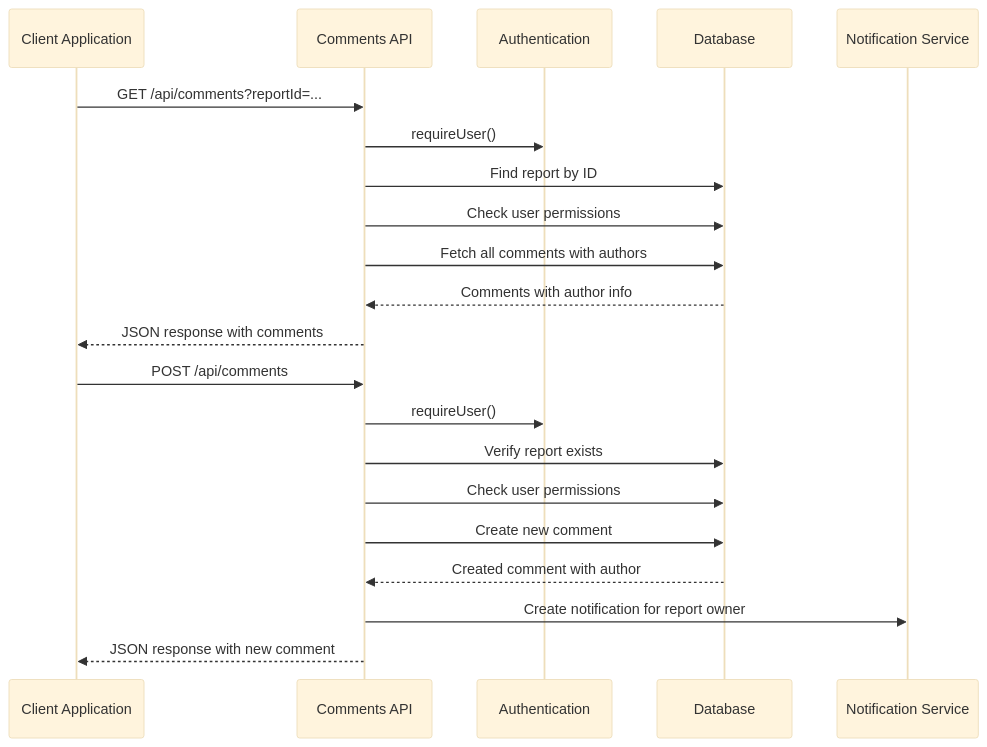
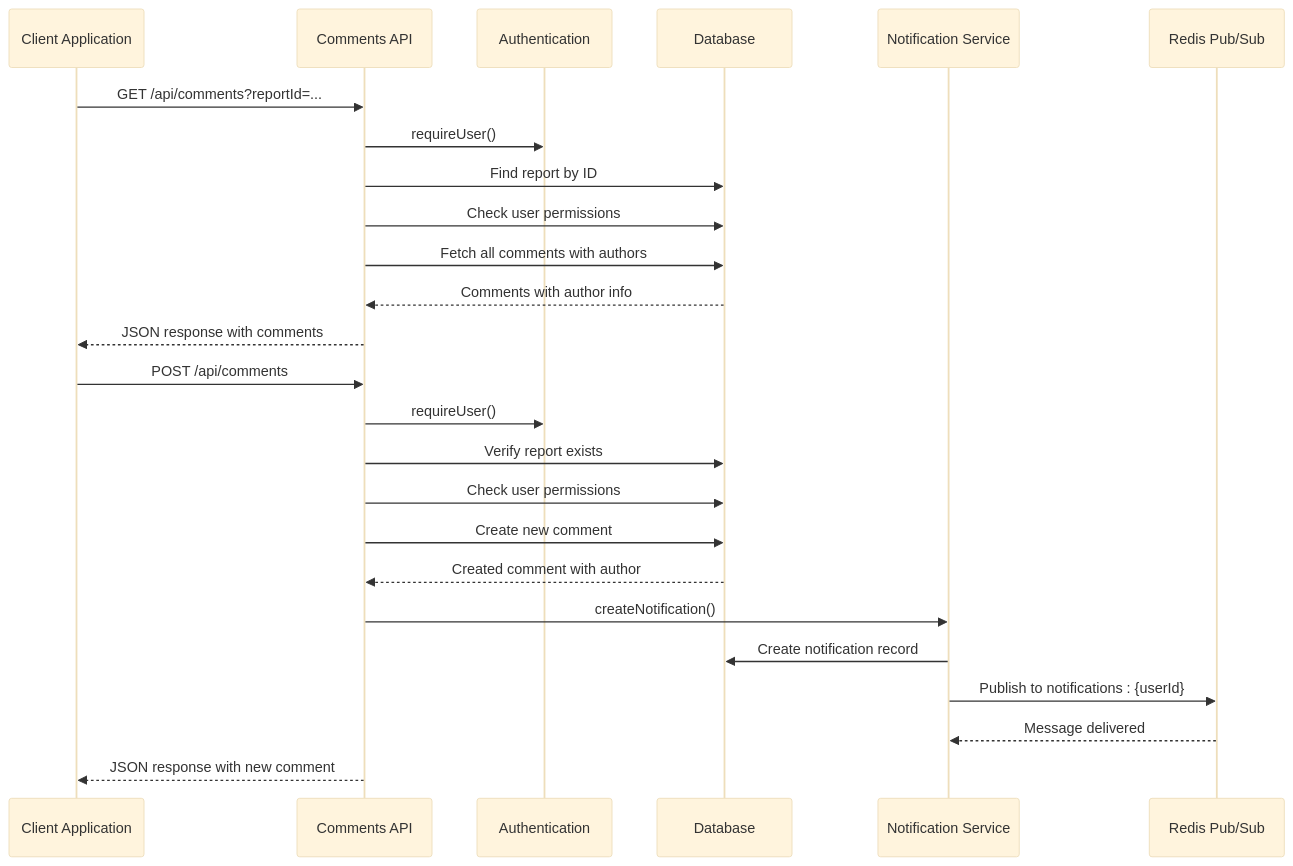
The second of 12 diagrams in .qoder/repowiki/en/content/Frontend Components/Social Interaction System.md (jrj444/git-daily), drawn with Mermaid (base theme) before and after one commit. The commit also changed other lines of this file and 6 other files, not shown here.

````diff
--- a/.qoder/repowiki/en/content/Frontend Components/Social Interaction System.md
+++ b/.qoder/repowiki/en/content/Frontend Components/Social Interaction System.md
@@ -120,23 +140,27 @@
 ```mermaid
 sequenceDiagram
 participant Client as Client Application
 participant API as Comments API
 participant Auth as Authentication
 participant DB as Database
 participant Notify as Notification Service
+participant Redis as Redis Pub/Sub
 Client->>API : GET /api/comments?reportId=...
 API->>Auth : requireUser()
 API->>DB : Find report by ID
 API->>DB : Check user permissions
 API->>DB : Fetch all comments with authors
 DB-->>API : Comments with author info
 API-->>Client : JSON response with comments
 Client->>API : POST /api/comments
 API->>Auth : requireUser()
 API->>DB : Verify report exists
 API->>DB : Check user permissions
 API->>DB : Create new comment
 DB-->>API : Created comment with author
-API->>Notify : Create notification for report owner
+API->>Notify : createNotification()
+Notify->>DB : Create notification record
+Notify->>Redis : Publish to notifications : {userId}
+Redis-->>Notify : Message delivered
 API-->>Client : JSON response with new comment
 ```
````
